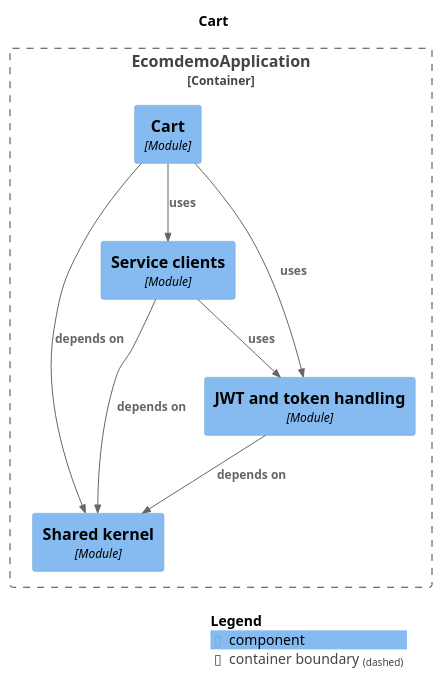
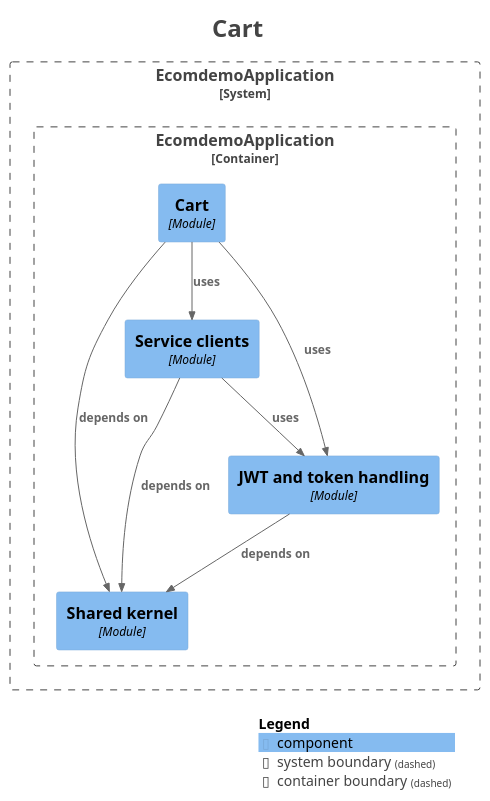
One commit to mr-sujay-patil/ecomdemo changed the diagram in docs/modules/module-cart.puml. Above: the diagram before and after it, drawn with PlantUML. The commit also changed 17 other files, not shown here.

```diff
--- a/docs/modules/module-cart.puml
+++ b/docs/modules/module-cart.puml
@@ -1,26 +1,37 @@
 @startuml
+title <size:24>Cart</size>
+
 set separator none
-title Cart
+top to bottom direction
 
-top to bottom direction
+<style>
+  root {
+    BackgroundColor: #ffffff
+    FontColor: #444444
+  }
+</style>
 
 !include <C4/C4>
 !include <C4/C4_Context>
 !include <C4/C4_Component>
 
-Container_Boundary("EcomdemoApplication.EcomdemoApplication_boundary", "EcomdemoApplication", $tags="") {
-  Component(EcomdemoApplication.EcomdemoApplication.Serviceclients, "Service clients", $techn="Module", $descr="", $tags="", $link="")
-  Component(EcomdemoApplication.EcomdemoApplication.Cart, "Cart", $techn="Module", $descr="", $tags="", $link="")
-  Component(EcomdemoApplication.EcomdemoApplication.Sharedkernel, "Shared kernel", $techn="Module", $descr="", $tags="", $link="")
-  Component(EcomdemoApplication.EcomdemoApplication.JWTandtokenhandling, "JWT and token handling", $techn="Module", $descr="", $tags="", $link="")
+System_Boundary("EcomdemoApplication_boundary", "EcomdemoApplication", $tags="") {
+  Container_Boundary("EcomdemoApplication.EcomdemoApplication_boundary", "EcomdemoApplication", $tags="") {
+    Component(EcomdemoApplication.EcomdemoApplication.Serviceclients, "Service clients", $techn="Module", $descr="", $tags="", $link="")
+    Component(EcomdemoApplication.EcomdemoApplication.Cart, "Cart", $techn="Module", $descr="", $tags="", $link="")
+    Component(EcomdemoApplication.EcomdemoApplication.Sharedkernel, "Shared kernel", $techn="Module", $descr="", $tags="", $link="")
+    Component(EcomdemoApplication.EcomdemoApplication.JWTandtokenhandling, "JWT and token handling", $techn="Module", $descr="", $tags="", $link="")
+  }
+
 }
 
 Rel(EcomdemoApplication.EcomdemoApplication.Cart, EcomdemoApplication.EcomdemoApplication.JWTandtokenhandling, "uses", $techn="", $tags="", $link="")
 Rel(EcomdemoApplication.EcomdemoApplication.Cart, EcomdemoApplication.EcomdemoApplication.Serviceclients, "uses", $techn="", $tags="", $link="")
 Rel(EcomdemoApplication.EcomdemoApplication.Cart, EcomdemoApplication.EcomdemoApplication.Sharedkernel, "depends on", $techn="", $tags="", $link="")
 Rel(EcomdemoApplication.EcomdemoApplication.JWTandtokenhandling, EcomdemoApplication.EcomdemoApplication.Sharedkernel, "depends on", $techn="", $tags="", $link="")
 Rel(EcomdemoApplication.EcomdemoApplication.Serviceclients, EcomdemoApplication.EcomdemoApplication.JWTandtokenhandling, "uses", $techn="", $tags="", $link="")
 Rel(EcomdemoApplication.EcomdemoApplication.Serviceclients, EcomdemoApplication.EcomdemoApplication.Sharedkernel, "depends on", $techn="", $tags="", $link="")
 
 SHOW_LEGEND(true)
+hide stereotypes
 @enduml
```
